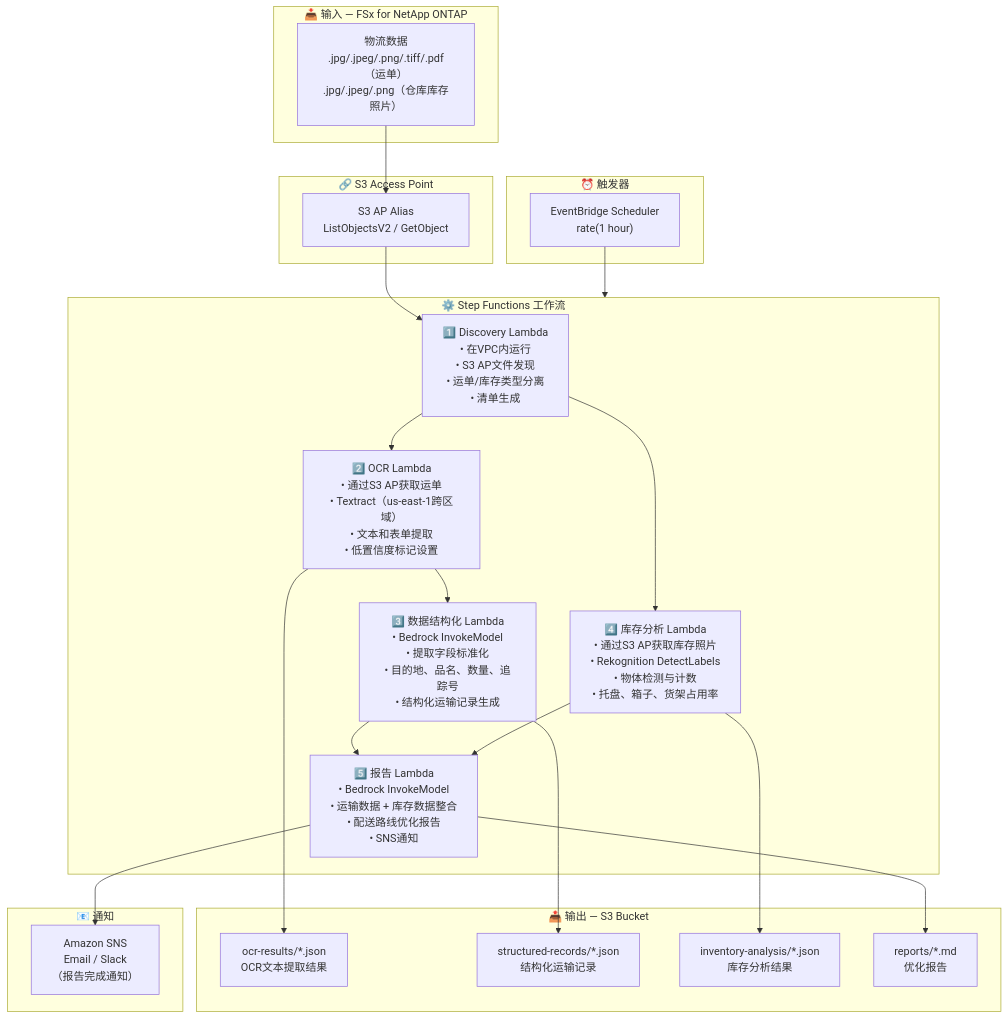
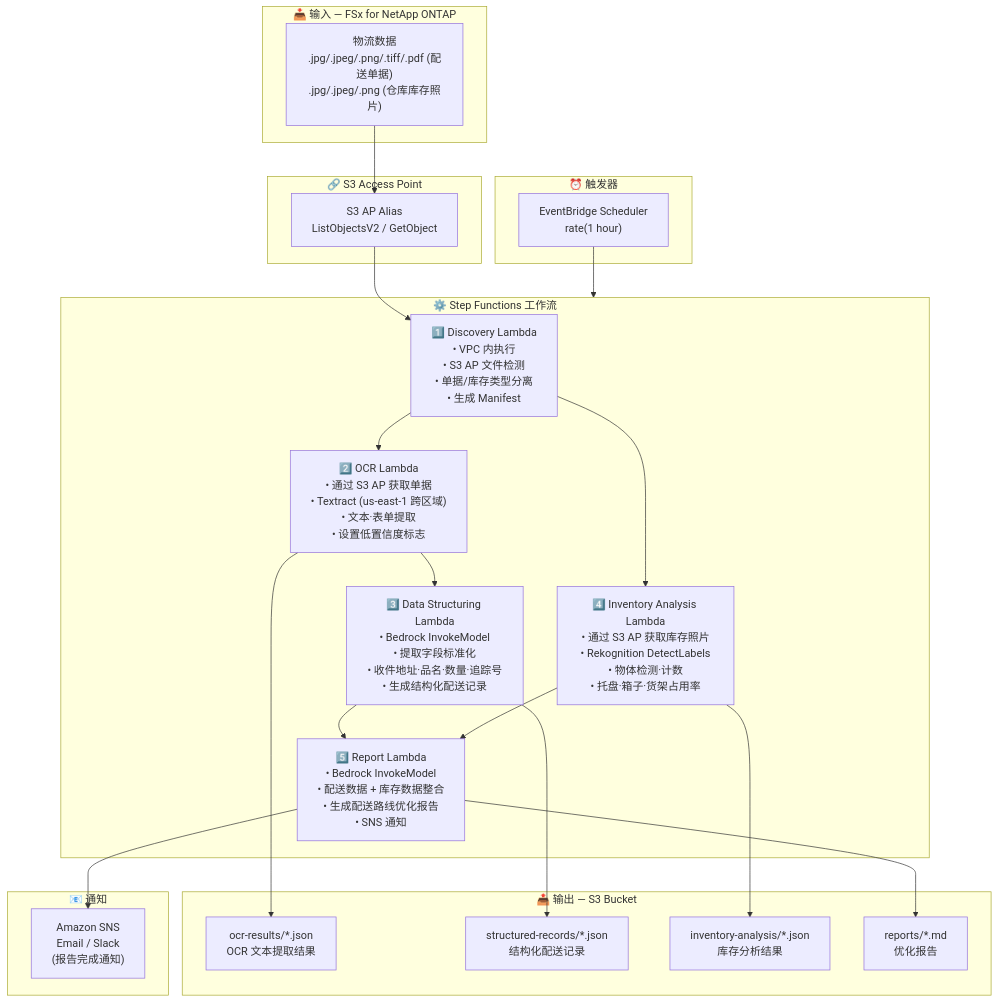
The diagram in logistics-ocr/docs/architecture.zh-CN.md (Yoshiki0705/FSx-for-ONTAP-S3AccessPoints-Serverless-Patterns), drawn with Mermaid before and after one commit. The commit also changed other lines of this file and 54 other files, not shown here.

````diff
--- a/logistics-ocr/docs/architecture.zh-CN.md
+++ b/logistics-ocr/docs/architecture.zh-CN.md
@@ -11,47 +13,47 @@
 ```mermaid
 flowchart TB
     subgraph INPUT["📥 输入 — FSx for NetApp ONTAP"]
-        DATA["物流数据<br/>.jpg/.jpeg/.png/.tiff/.pdf（运单）<br/>.jpg/.jpeg/.png（仓库库存照片）"]
+        DATA["物流数据<br/>.jpg/.jpeg/.png/.tiff/.pdf (配送单据)<br/>.jpg/.jpeg/.png (仓库库存照片)"]
     end
 
     subgraph S3AP["🔗 S3 Access Point"]
         ALIAS["S3 AP Alias<br/>ListObjectsV2 / GetObject"]
     end
 
     subgraph TRIGGER["⏰ 触发器"]
         EB["EventBridge Scheduler<br/>rate(1 hour)"]
     end
 
     subgraph SFN["⚙️ Step Functions 工作流"]
-        DISC["1️⃣ Discovery Lambda<br/>• 在VPC内运行<br/>• S3 AP文件发现<br/>• 运单/库存类型分离<br/>• 清单生成"]
-        OCR["2️⃣ OCR Lambda<br/>• 通过S3 AP获取运单<br/>• Textract（us-east-1跨区域）<br/>• 文本和表单提取<br/>• 低置信度标记设置"]
-        DS["3️⃣ 数据结构化 Lambda<br/>• Bedrock InvokeModel<br/>• 提取字段标准化<br/>• 目的地、品名、数量、追踪号<br/>• 结构化运输记录生成"]
-        IA["4️⃣ 库存分析 Lambda<br/>• 通过S3 AP获取库存照片<br/>• Rekognition DetectLabels<br/>• 物体检测与计数<br/>• 托盘、箱子、货架占用率"]
-        RPT["5️⃣ 报告 Lambda<br/>• Bedrock InvokeModel<br/>• 运输数据 + 库存数据整合<br/>• 配送路线优化报告<br/>• SNS通知"]
+        DISC["1️⃣ Discovery Lambda<br/>• VPC 内执行<br/>• S3 AP 文件检测<br/>• 单据/库存类型分离<br/>• 生成 Manifest"]
+        OCR["2️⃣ OCR Lambda<br/>• 通过 S3 AP 获取单据<br/>• Textract (us-east-1 跨区域)<br/>• 文本·表单提取<br/>• 设置低置信度标志"]
+        DS["3️⃣ Data Structuring Lambda<br/>• Bedrock InvokeModel<br/>• 提取字段标准化<br/>• 收件地址·品名·数量·追踪号<br/>• 生成结构化配送记录"]
+        IA["4️⃣ Inventory Analysis Lambda<br/>• 通过 S3 AP 获取库存照片<br/>• Rekognition DetectLabels<br/>• 物体检测·计数<br/>• 托盘·箱子·货架占用率"]
+        RPT["5️⃣ Report Lambda<br/>• Bedrock InvokeModel<br/>• 配送数据 + 库存数据整合<br/>• 生成配送路线优化报告<br/>• SNS 通知"]
     end
 
     subgraph OUTPUT["📤 输出 — S3 Bucket"]
-        OCROUT["ocr-results/*.json<br/>OCR文本提取结果"]
-        STROUT["structured-records/*.json<br/>结构化运输记录"]
+        OCROUT["ocr-results/*.json<br/>OCR 文本提取结果"]
+        STROUT["structured-records/*.json<br/>结构化配送记录"]
         INVOUT["inventory-analysis/*.json<br/>库存分析结果"]
         REPORT["reports/*.md<br/>优化报告"]
     end
 
     subgraph NOTIFY["📧 通知"]
-        SNS["Amazon SNS<br/>Email / Slack<br/>（报告完成通知）"]
+        SNS["Amazon SNS<br/>Email / Slack<br/>(报告完成通知)"]
     end
 
     DATA --> ALIAS
     ALIAS --> DISC
     EB --> SFN
     DISC --> OCR
     DISC --> IA
     OCR --> DS
     DS --> RPT
     IA --> RPT
     OCR --> OCROUT
     DS --> STROUT
     IA --> INVOUT
     RPT --> REPORT
     RPT --> SNS
 ```
````
